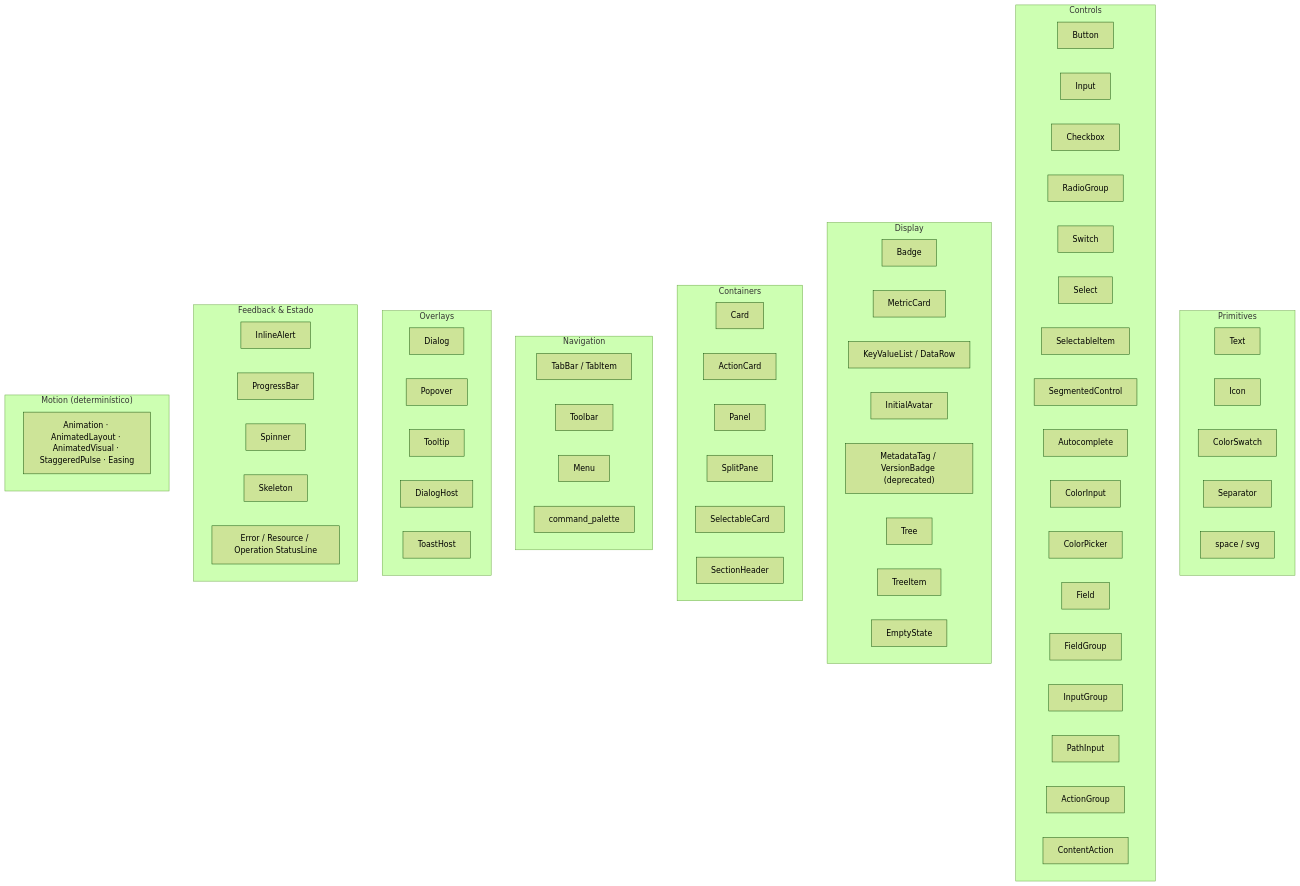
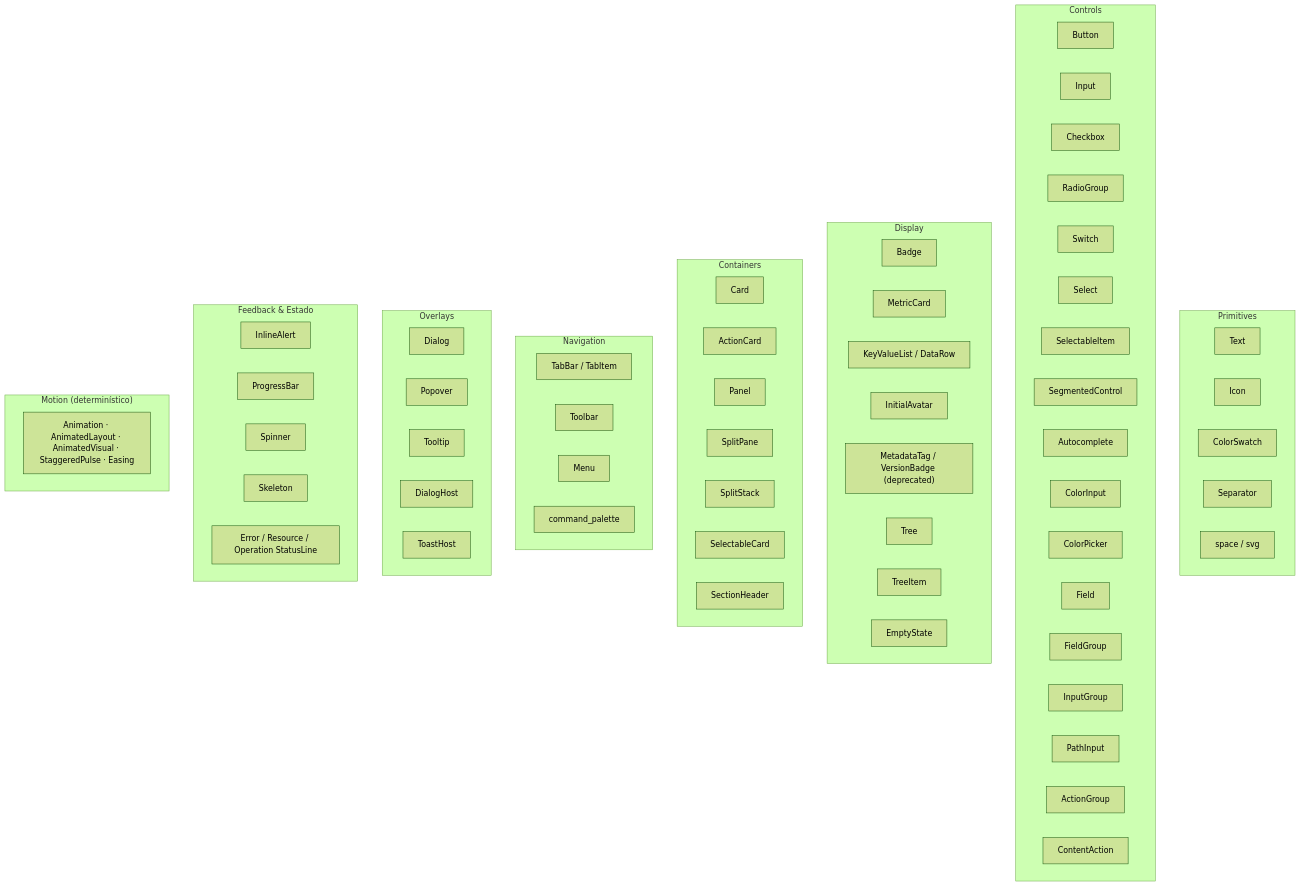
Before and after one commit to JirlanSouza/nive: the third of 3 diagrams in docs/architecture/design-system.md, drawn with Mermaid (forest theme). The commit also changed other lines of this file and 3 other files, not shown here.

````diff
--- a/docs/architecture/design-system.md
+++ b/docs/architecture/design-system.md
@@ -332,71 +332,72 @@
 ```mermaid
 flowchart TB
     subgraph primitives["Primitives"]
         Text
         Icon
         ColorSwatch
         Separator
         SpaceSvg["space / svg"]
     end
     subgraph controls["Controls"]
         Button
         Input
         Checkbox
         RadioGroup
         Switch
         Select
         SelectableItem
         SegmentedControl
         Autocomplete
         ColorInput
         ColorPicker
         Field
         FieldGroup
         InputGroup
         PathInput
         ActionGroup
         ContentAction
     end
     subgraph display["Display"]
         Badge
         MetricCard
         KeyValueList["KeyValueList / DataRow"]
         InitialAvatar
         MetadataTag["MetadataTag / VersionBadge (deprecated)"]
         Tree
         TreeItem
         EmptyState
     end
     subgraph containers["Containers"]
         Card
         ActionCard
         Panel
         SplitPane
+        SplitStack
         SelectableCard
         SectionHeader
     end
     subgraph navigation["Navigation"]
         Tabs["TabBar / TabItem"]
         Toolbar
         Menu
         CommandPalette["command_palette"]
     end
     subgraph overlays["Overlays"]
         Dialog
         Popover
         Tooltip
         DialogHost
         ToastHost
     end
     subgraph feedback["Feedback & Estado"]
         InlineAlert
         ProgressBar
         Spinner
         Skeleton
         EmptyState
         StatusLines["Error / Resource / Operation StatusLine"]
     end
     subgraph motion["Motion (determinístico)"]
         Animation["Animation · AnimatedLayout · AnimatedVisual · StaggeredPulse · Easing"]
     end
 ```
````
